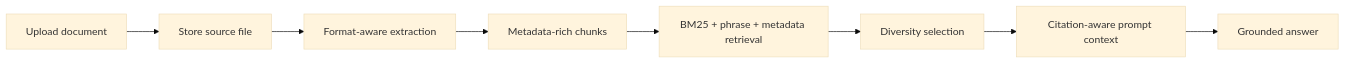
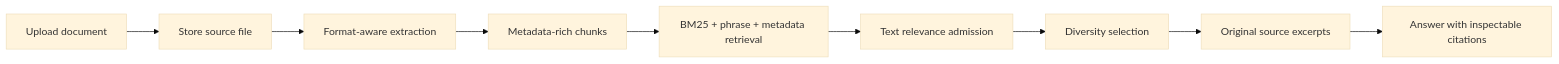
The fifth of 5 diagrams in README.md (lizr-phys/physics-learning-agent), drawn with Mermaid (base theme) before and after one commit. The commit also changed other lines of this file and 149 other files, not shown here.

````diff
--- a/README.md
+++ b/README.md
@@ -321,10 +356,11 @@
 ```mermaid
 flowchart LR
   Upload["Upload document"] --> Store["Store source file"]
   Store --> Extract["Format-aware extraction"]
   Extract --> Chunk["Metadata-rich chunks"]
   Chunk --> Search["BM25 + phrase + metadata retrieval"]
-  Search --> Rerank["Diversity selection"]
-  Rerank --> Context["Citation-aware prompt context"]
-  Context --> Answer["Grounded answer"]
+  Search --> Gate["Text relevance admission"]
+  Gate --> Select["Diversity selection"]
+  Select --> Context["Original source excerpts"]
+  Context --> Answer["Answer with inspectable citations"]
 ```
````
